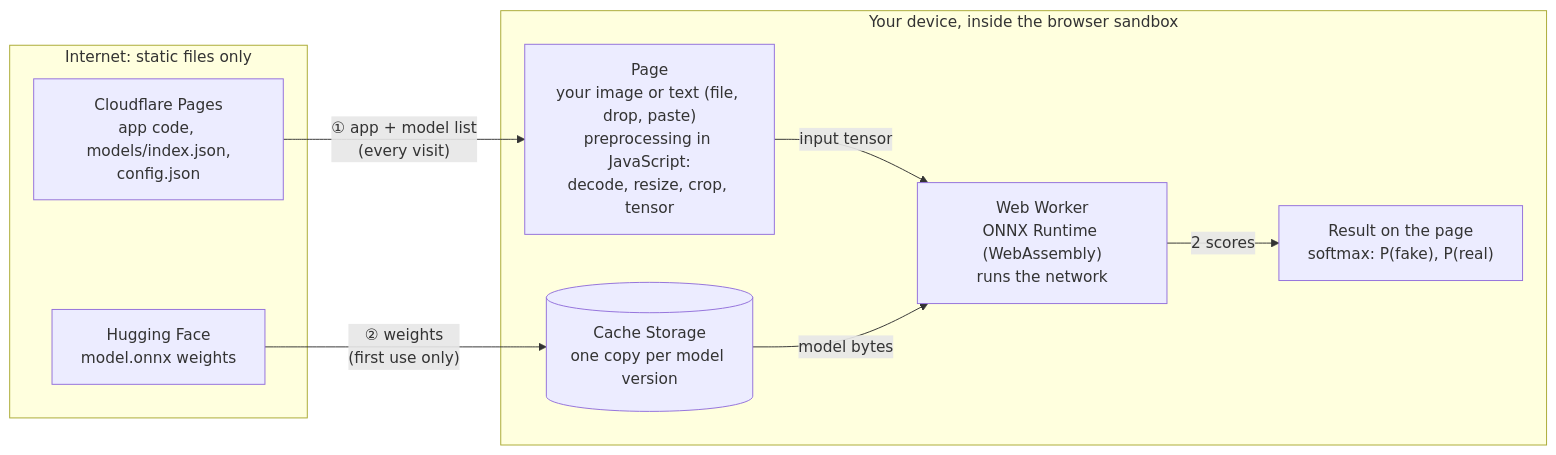
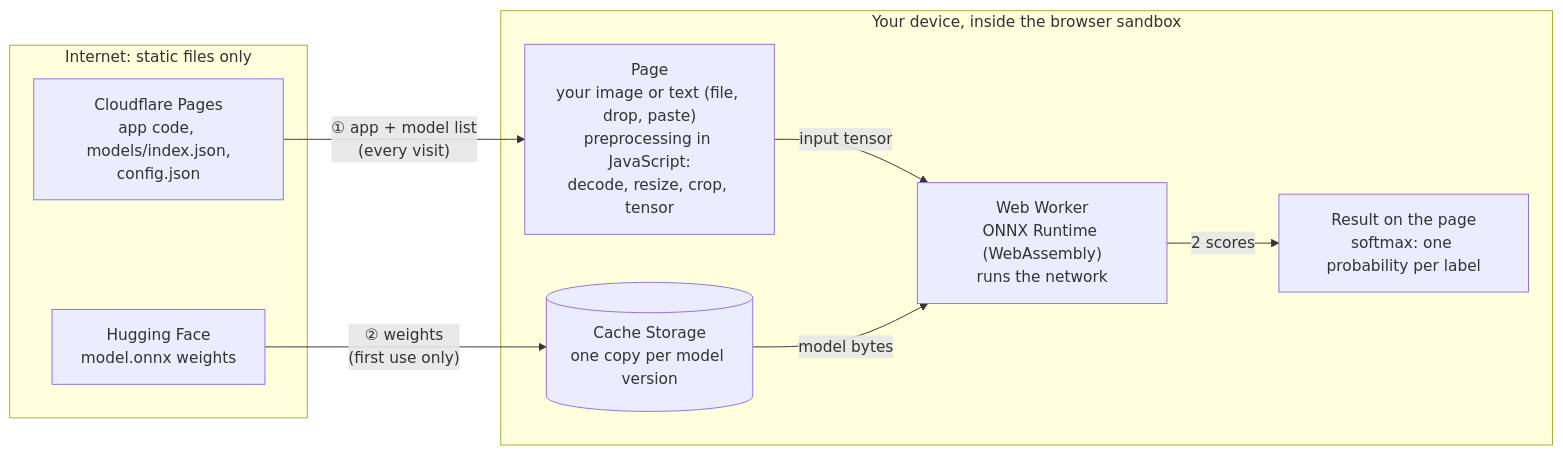
One commit to Deckard618/frontend-deepfake-detection changed the diagram in README.md. Above: the diagram before and after it, drawn with Mermaid. The commit also changed other lines of this file and 14 other files, not shown here.

````diff
--- a/README.md
+++ b/README.md
@@ -92,20 +120,20 @@
 ```mermaid
 flowchart LR
     subgraph net["Internet: static files only"]
         CF["Cloudflare Pages<br/>app code, models/index.json,<br/>config.json"]
         HF["Hugging Face<br/>model.onnx weights"]
     end
 
     subgraph device["Your device, inside the browser sandbox"]
         PAGE["Page<br/>your image or text (file, drop, paste)<br/>preprocessing in JavaScript:<br/>decode, resize, crop, tensor"]
         CACHE[("Cache Storage<br/>one copy per model version")]
         ORT["Web Worker<br/>ONNX Runtime (WebAssembly)<br/>runs the network"]
-        OUT["Result on the page<br/>softmax: P(fake), P(real)"]
+        OUT["Result on the page<br/>softmax: one probability per label"]
         PAGE -- "input tensor" --> ORT
         CACHE -- "model bytes" --> ORT
         ORT -- "2 scores" --> OUT
     end
 
     CF -- "① app + model list<br/>(every visit)" --> PAGE
     HF -- "② weights<br/>(first use only)" --> CACHE
 ```
````
